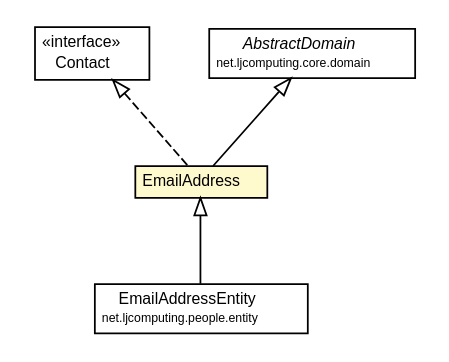
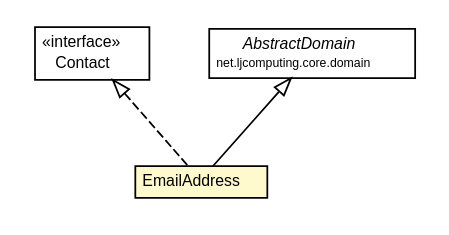
The diagram in net.ljcomputing.people/docs/javadoc/apidocs/net/ljcomputing/people/domain/EmailAddress.dot (willmorejg/net.ljcomputing.ecsr), drawn with Graphviz before and after one commit. The commit also changed 295 other files, not shown here.

```diff
--- a/net.ljcomputing.people/docs/javadoc/apidocs/net/ljcomputing/people/domain/EmailAddress.dot
+++ b/net.ljcomputing.people/docs/javadoc/apidocs/net/ljcomputing/people/domain/EmailAddress.dot
@@ -1,45 +1,36 @@
 #!/usr/local/bin/dot
 #
 # Class diagram 
 # Generated by UMLGraph version R5_6 (http://www.umlgraph.org/)
 #
 
 digraph G {
 	edge [fontname="Helvetica",fontsize=10,labelfontname="Helvetica",labelfontsize=10];
 	node [fontname="Helvetica",fontsize=10,shape=plaintext];
 	nodesep=0.25;
 	ranksep=0.5;
-	// net.ljcomputing.people.entity.EmailAddressEntity
-	c596 [label=<<table title="net.ljcomputing.people.entity.EmailAddressEntity" border="0" cellborder="1" cellspacing="0" cellpadding="2" port="p" href="../entity/EmailAddressEntity.html">
-		<tr><td><table border="0" cellspacing="0" cellpadding="1">
-<tr><td align="center" balign="center"> EmailAddressEntity </td></tr>
-<tr><td align="center" balign="center"><font point-size="7.0"> net.ljcomputing.people.entity </font></td></tr>
-		</table></td></tr>
-		</table>>, URL="../entity/EmailAddressEntity.html", fontname="Helvetica", fontcolor="black", fontsize=9.0];
 	// net.ljcomputing.people.domain.EmailAddress
-	c611 [label=<<table title="net.ljcomputing.people.domain.EmailAddress" border="0" cellborder="1" cellspacing="0" cellpadding="2" port="p" bgcolor="lemonChiffon" href="./EmailAddress.html">
+	c110 [label=<<table title="net.ljcomputing.people.domain.EmailAddress" border="0" cellborder="1" cellspacing="0" cellpadding="2" port="p" bgcolor="lemonChiffon" href="./EmailAddress.html">
 		<tr><td><table border="0" cellspacing="0" cellpadding="1">
 <tr><td align="center" balign="center"> EmailAddress </td></tr>
 		</table></td></tr>
 		</table>>, URL="./EmailAddress.html", fontname="Helvetica", fontcolor="black", fontsize=9.0];
 	// net.ljcomputing.people.domain.Contact
-	c614 [label=<<table title="net.ljcomputing.people.domain.Contact" border="0" cellborder="1" cellspacing="0" cellpadding="2" port="p" href="./Contact.html">
+	c113 [label=<<table title="net.ljcomputing.people.domain.Contact" border="0" cellborder="1" cellspacing="0" cellpadding="2" port="p" href="./Contact.html">
 		<tr><td><table border="0" cellspacing="0" cellpadding="1">
 <tr><td align="center" balign="center"> &#171;interface&#187; </td></tr>
 <tr><td align="center" balign="center"> Contact </td></tr>
 		</table></td></tr>
 		</table>>, URL="./Contact.html", fontname="Helvetica", fontcolor="black", fontsize=9.0];
-	//net.ljcomputing.people.entity.EmailAddressEntity extends net.ljcomputing.people.domain.EmailAddress
-	c611:p -> c596:p [dir=back,arrowtail=empty];
 	//net.ljcomputing.people.domain.EmailAddress extends net.ljcomputing.core.domain.AbstractDomain
-	c627:p -> c611:p [dir=back,arrowtail=empty];
+	c114:p -> c110:p [dir=back,arrowtail=empty];
 	//net.ljcomputing.people.domain.EmailAddress implements net.ljcomputing.people.domain.Contact
-	c614:p -> c611:p [dir=back,arrowtail=empty,style=dashed];
+	c113:p -> c110:p [dir=back,arrowtail=empty,style=dashed];
 	// net.ljcomputing.core.domain.AbstractDomain
-	c627 [label=<<table title="net.ljcomputing.core.domain.AbstractDomain" border="0" cellborder="1" cellspacing="0" cellpadding="2" port="p">
+	c114 [label=<<table title="net.ljcomputing.core.domain.AbstractDomain" border="0" cellborder="1" cellspacing="0" cellpadding="2" port="p">
 		<tr><td><table border="0" cellspacing="0" cellpadding="1">
 <tr><td align="center" balign="center"><font face="Helvetica-Oblique"> AbstractDomain </font></td></tr>
 <tr><td align="center" balign="center"><font point-size="7.0"> net.ljcomputing.core.domain </font></td></tr>
 		</table></td></tr>
 		</table>>, URL="null", fontname="Helvetica", fontcolor="black", fontsize=9.0];
 }
```
